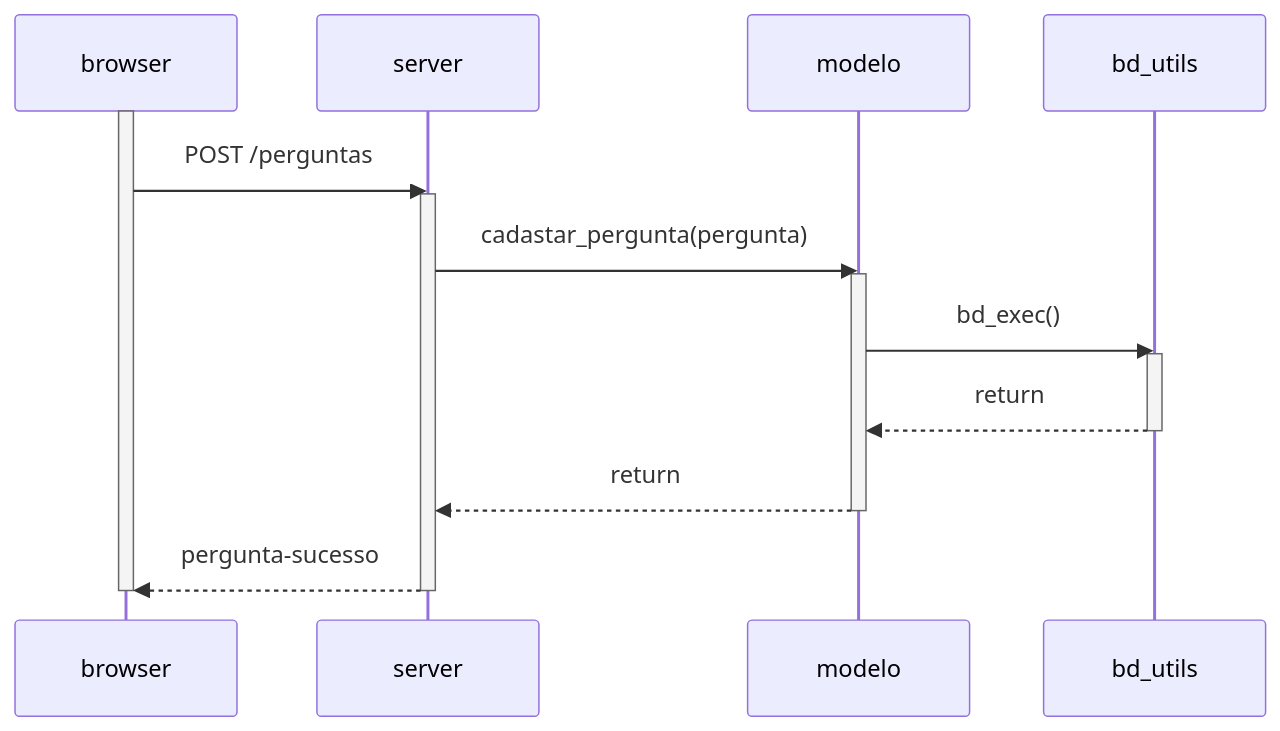
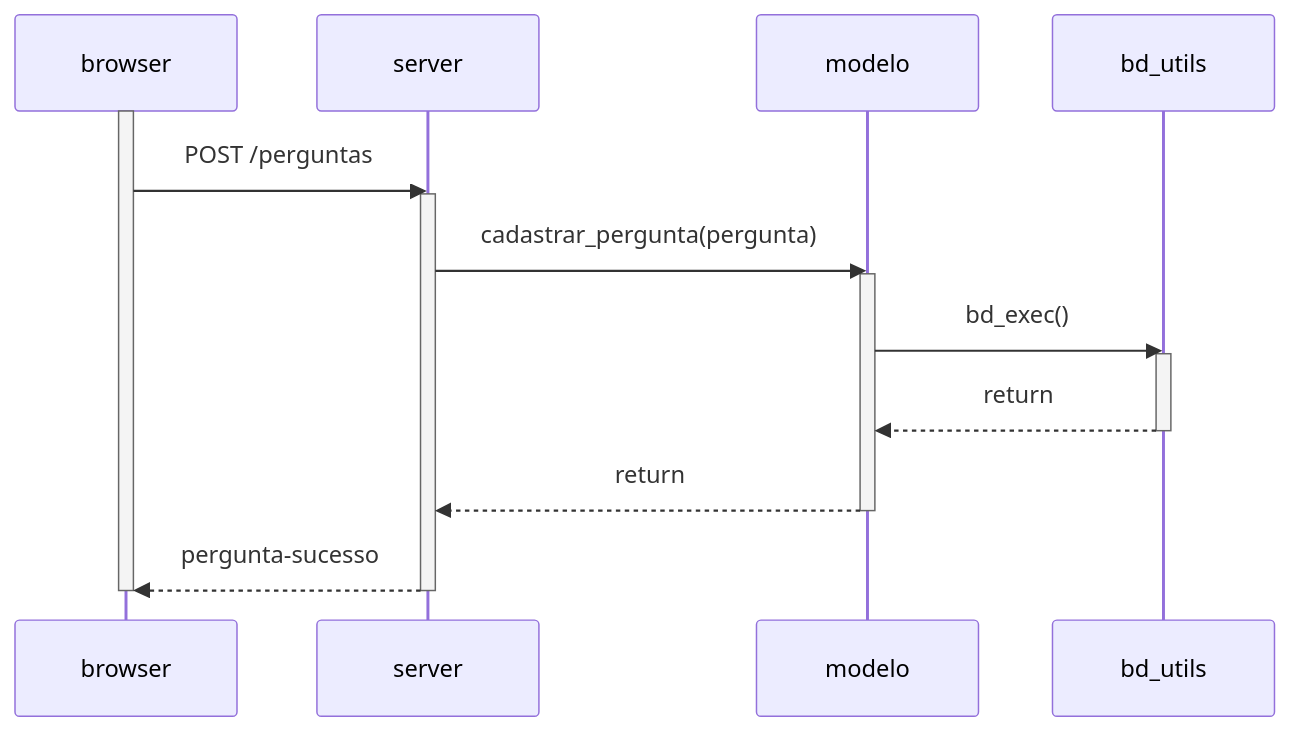
Before and after one commit to mtov/esmforum: the second of 4 diagrams in docs/uml.md, drawn with Mermaid. The commit also changed other lines of this file, not shown here.

````diff
--- a/docs/uml.md
+++ b/docs/uml.md
@@ -34,17 +34,17 @@
 ```mermaid
     sequenceDiagram
         activate browser
 	browser->>server: POST /perguntas 
         activate server
-        server->>modelo: cadastar_pergunta(pergunta)
+        server->>modelo: cadastrar_pergunta(pergunta)
         activate modelo
         modelo->>bd_utils: bd_exec()
         activate bd_utils
         bd_utils-->>modelo: return
         deactivate bd_utils
         modelo-->>server: return
         deactivate modelo
 	server-->>browser: pergunta-sucesso
 	deactivate server
 	deactivate browser
 ```	
````
